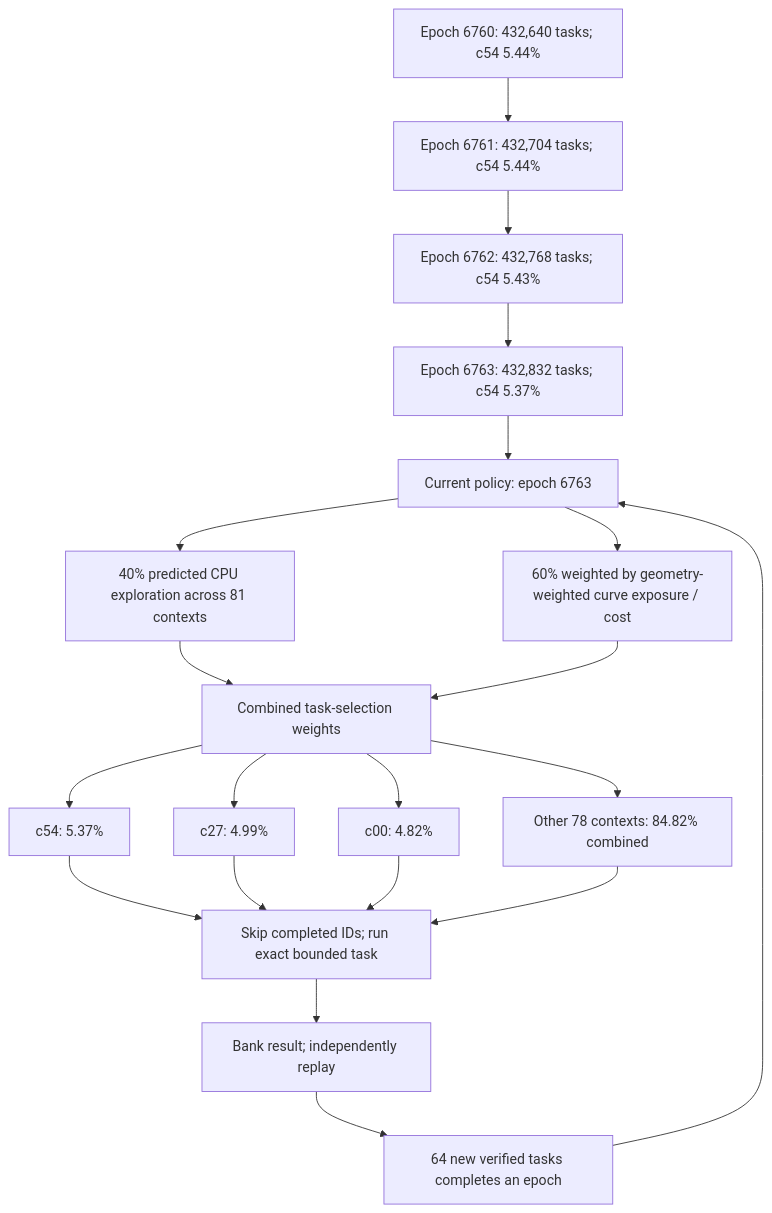
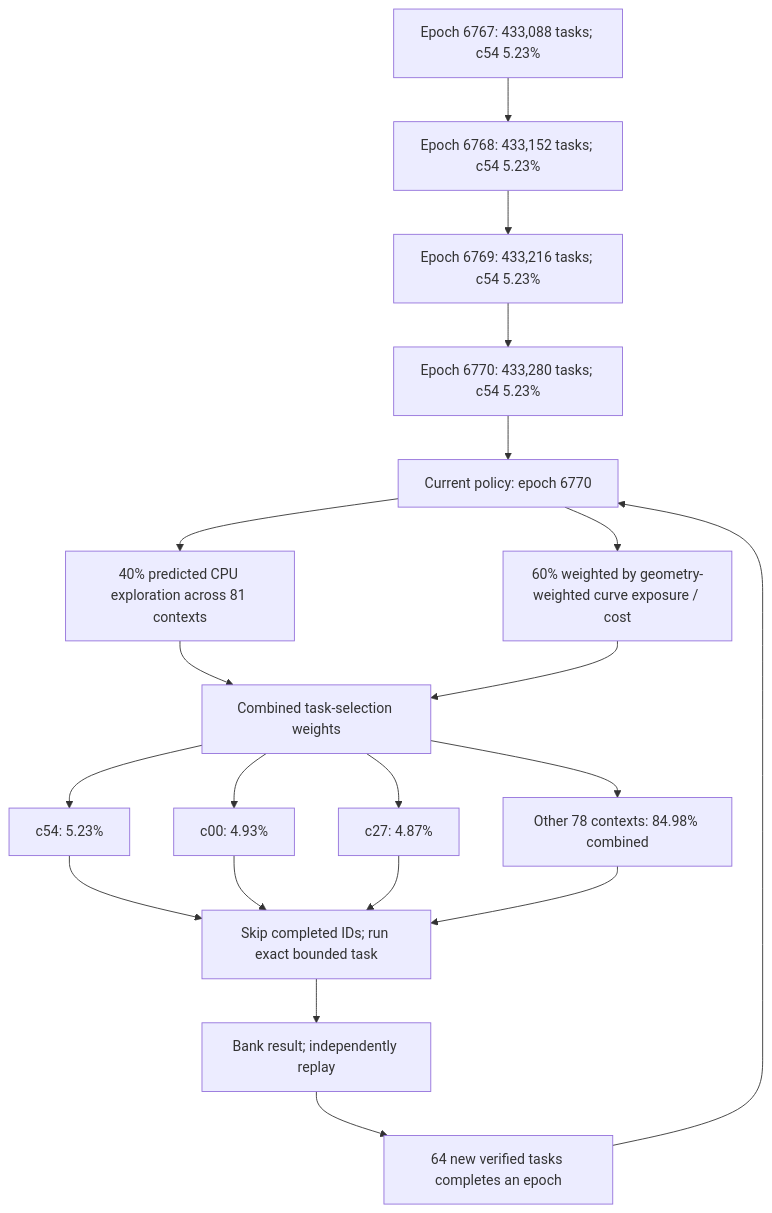
One commit to Kuberwastaken/math-gambling changed the first of 4 diagrams in README.md. Above: the diagram before and after it, drawn with Mermaid. The commit also changed other lines of this file and 1473 other files, not shown here.

````diff
--- a/README.md
+++ b/README.md
@@ -60,27 +60,27 @@
 ```mermaid
 flowchart TD
-    H0["Epoch 6760: 432,640 tasks; c54 5.44%"]
-    H1["Epoch 6761: 432,704 tasks; c54 5.44%"]
+    H0["Epoch 6767: 433,088 tasks; c54 5.23%"]
+    H1["Epoch 6768: 433,152 tasks; c54 5.23%"]
     H0 --> H1
-    H2["Epoch 6762: 432,768 tasks; c54 5.43%"]
+    H2["Epoch 6769: 433,216 tasks; c54 5.23%"]
     H1 --> H2
-    H3["Epoch 6763: 432,832 tasks; c54 5.37%"]
+    H3["Epoch 6770: 433,280 tasks; c54 5.23%"]
     H2 --> H3
-    Policy["Current policy: epoch 6763"]
+    Policy["Current policy: epoch 6770"]
     H3 --> Policy
     Policy --> Explore["40% predicted CPU exploration across 81 contexts"]
     Policy --> Cost["60% weighted by geometry-weighted curve exposure / cost"]
     Explore --> Mix["Combined task-selection weights"]
     Cost --> Mix
-    Mix --> C0["c54: 5.37%"]
-    Mix --> C1["c27: 4.99%"]
-    Mix --> C2["c00: 4.82%"]
-    Mix --> Rest["Other 78 contexts: 84.82% combined"]
+    Mix --> C0["c54: 5.23%"]
+    Mix --> C1["c00: 4.93%"]
+    Mix --> C2["c27: 4.87%"]
+    Mix --> Rest["Other 78 contexts: 84.98% combined"]
     C0 --> Check["Skip completed IDs; run exact bounded task"]
     C1 --> Check
     C2 --> Check
     Rest --> Check
     Check --> Replay["Bank result; independently replay"]
     Replay --> Gate["64 new verified tasks completes an epoch"]
     Gate --> Policy
 ```
````
